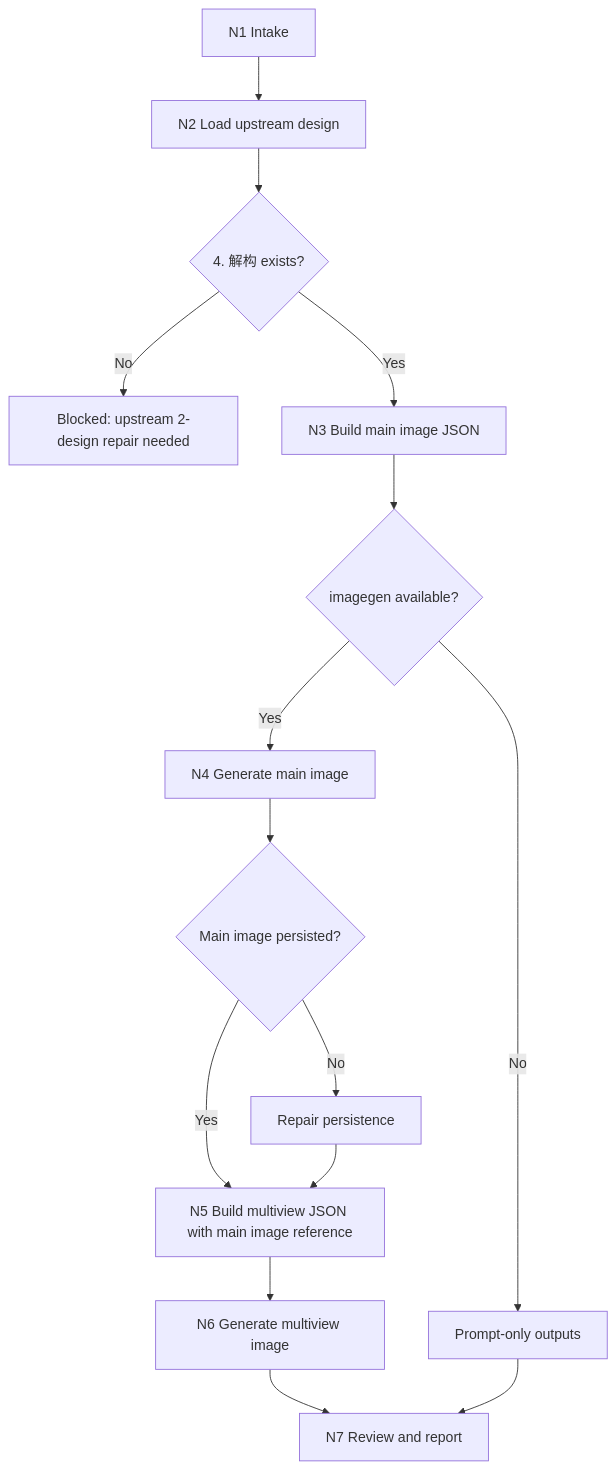
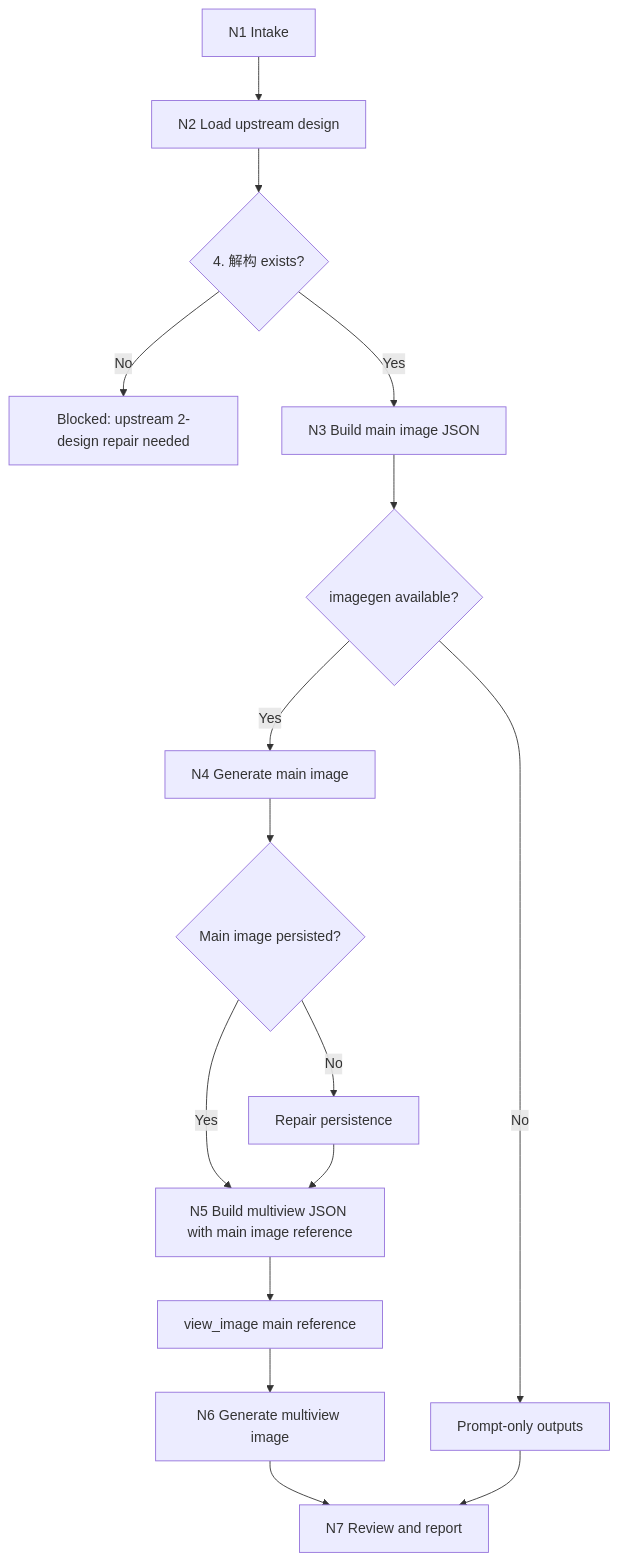
Before and after one commit to ZEN-VOID/AI-CUT: the first of 3 diagrams in .agents/skills/aigc/5-设计/角色/3-生成/steps/character-generation-workflow.md, drawn with Mermaid. The commit also changed other lines of this file and 122 other files, not shown here.

````diff
--- a/.agents/skills/aigc/5-设计/角色/3-生成/steps/character-generation-workflow.md
+++ b/.agents/skills/aigc/5-设计/角色/3-生成/steps/character-generation-workflow.md
@@ -7,17 +7,18 @@
 ```mermaid
 flowchart TD
     A["N1 Intake"] --> B["N2 Load upstream design"]
     B --> C{"4. 解构 exists?"}
     C -->|"No"| D["Blocked: upstream 2-design repair needed"]
     C -->|"Yes"| E["N3 Build main image JSON"]
     E --> F{"imagegen available?"}
     F -->|"No"| G["Prompt-only outputs"]
     F -->|"Yes"| H["N4 Generate main image"]
     H --> I{"Main image persisted?"}
     I -->|"No"| J["Repair persistence"]
     I -->|"Yes"| K["N5 Build multiview JSON with main image reference"]
-    K --> L["N6 Generate multiview image"]
+    K --> V["view_image main reference"]
+    V --> L["N6 Generate multiview image"]
     L --> M["N7 Review and report"]
     G --> M
     J --> K
 ```
````
